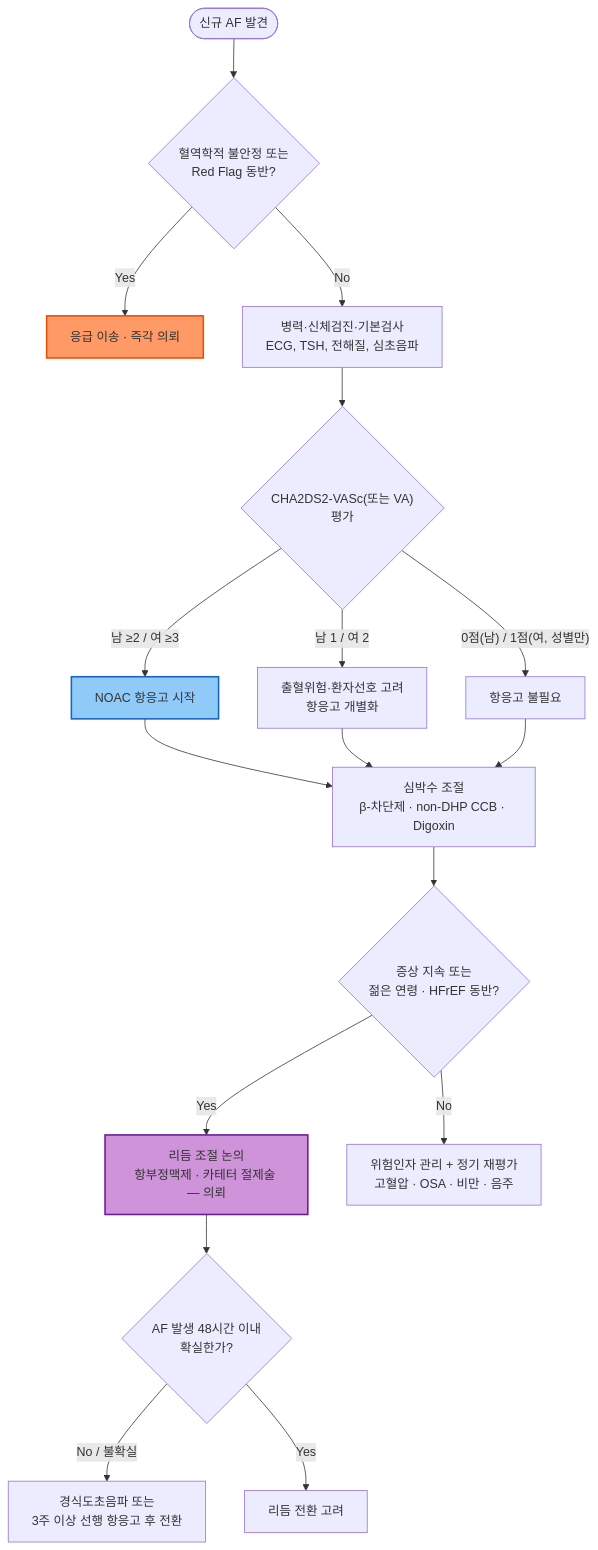
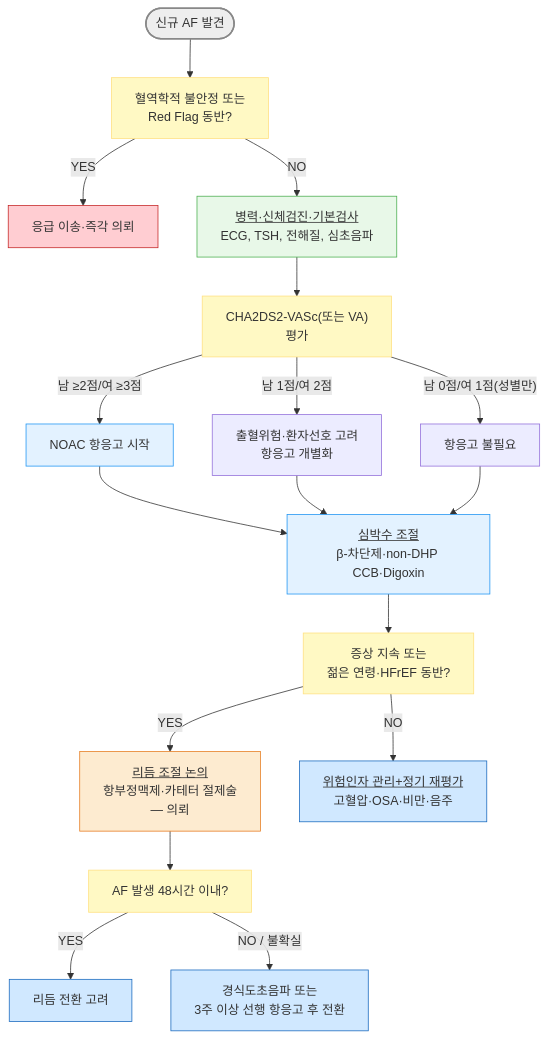
The diagram in 225_/atrial-fibrillation.md (familyoh77/familyoh77), drawn with Mermaid before and after one commit. The commit also changed other lines of this file, not shown here.

````diff
--- a/225_/atrial-fibrillation.md
+++ b/225_/atrial-fibrillation.md
@@ -86,22 +85,32 @@
 ```mermaid
 graph TD
-    Start(["신규 AF 발견"]) --> Unstable{"혈역학적 불안정 또는<br/>Red Flag 동반?"}
-    Unstable -->|Yes| Emergency["응급 이송 · 즉각 의뢰"]
-    Unstable -->|No| Workup["병력·신체검진·기본검사<br/>ECG, TSH, 전해질, 심초음파"]
-    Workup --> Score{"CHA2DS2-VASc(또는 VA)<br/>평가"}
-    Score -->|"남 ≥2 / 여 ≥3"| OAC["NOAC 항응고 시작"]
-    Score -->|"남 1 / 여 2"| Consider["출혈위험·환자선호 고려<br/>항응고 개별화"]
-    Score -->|"0점(남) / 1점(여, 성별만)"| NoOAC["항응고 불필요"]
-    OAC --> Rate["심박수 조절<br/>β-차단제 · non-DHP CCB · Digoxin"]
+    Start(["신규 AF 발견"]) --> Unstable["혈역학적 불안정 또는<br/>Red Flag 동반?"]
+    Unstable -->|YES| Emergency["응급 이송·즉각 의뢰"]
+    Unstable -->|NO| Workup["<u>병력·신체검진·기본검사</u><br/>ECG, TSH, 전해질, 심초음파"]
+    Workup --> Score["CHA2DS2-VASc(또는 VA)<br/>평가"]
+    Score -->|"남 ≥2점/여 ≥3점"| OAC["NOAC 항응고 시작"]
+    Score -->|"남 1점/여 2점"| Consider["출혈위험·환자선호 고려<br/>항응고 개별화"]
+    Score -->|"남 0점/여 1점(성별만)"| NoOAC["항응고 불필요"]
+    OAC --> Rate["<u>심박수 조절</u><br/>β-차단제·non-DHP CCB·Digoxin"]
     Consider --> Rate
     NoOAC --> Rate
-    Rate --> Symptom{"증상 지속 또는<br/>젊은 연령 · HFrEF 동반?"}
-    Symptom -->|Yes| Rhythm["리듬 조절 논의<br/>항부정맥제 · 카테터 절제술 — 의뢰"]
-    Symptom -->|No| Followup["위험인자 관리 + 정기 재평가<br/>고혈압 · OSA · 비만 · 음주"]
-    Rhythm --> Duration{"AF 발생 48시간 이내<br/>확실한가?"}
-    Duration -->|"No / 불확실"| TEE["경식도초음파 또는<br/>3주 이상 선행 항응고 후 전환"]
-    Duration -->|Yes| Cardiovert["리듬 전환 고려"]
-    style Emergency fill:#f96,stroke:#e65100,stroke-width:2px
-    style OAC fill:#90caf9,stroke:#1565c0,stroke-width:2px
-    style Rhythm fill:#ce93d8,stroke:#6a1b9a,stroke-width:2px
+    Rate --> Symptom["증상 지속 또는<br/>젊은 연령·HFrEF 동반?"]
+    Symptom -->|YES| Rhythm["<u>리듬 조절 논의</u><br/>항부정맥제·카테터 절제술<br/> — 의뢰"]
+    Symptom -->|NO| Followup["<u>위험인자 관리+정기 재평가</u><br/>고혈압·OSA·비만·음주"]
+    Rhythm --> Duration["AF 발생 48시간 이내?"]
+        Duration -->|YES| Cardiovert["리듬 전환 고려"]
+    Duration -->|"NO / 불확실"| TEE["경식도초음파 또는<br/>3주 이상 선행 항응고 후 전환"]
+
+style Start fill:#eeeeee,stroke:#888888,stroke-width:2px
+style Emergency fill:#ffcdd2,stroke:#c62828
+style Rhythm fill:#fdebd0,stroke:#e67e22
+classDef yellow fill:#fff9c4,stroke:#ffe082
+class Unstable,Score,Symptom,Duration yellow
+classDef lightGreen fill:#e8f8e8,stroke:#4caf50
+class Workup lightGreen
+classDef sky fill:#e3f2ff,stroke:#2196f3
+class OAC,Rate sky
+classDef blue fill:#d0e8ff,stroke:#1a6abf
+class Followup,Cardiovert,TEE blue
+
 ```
````
